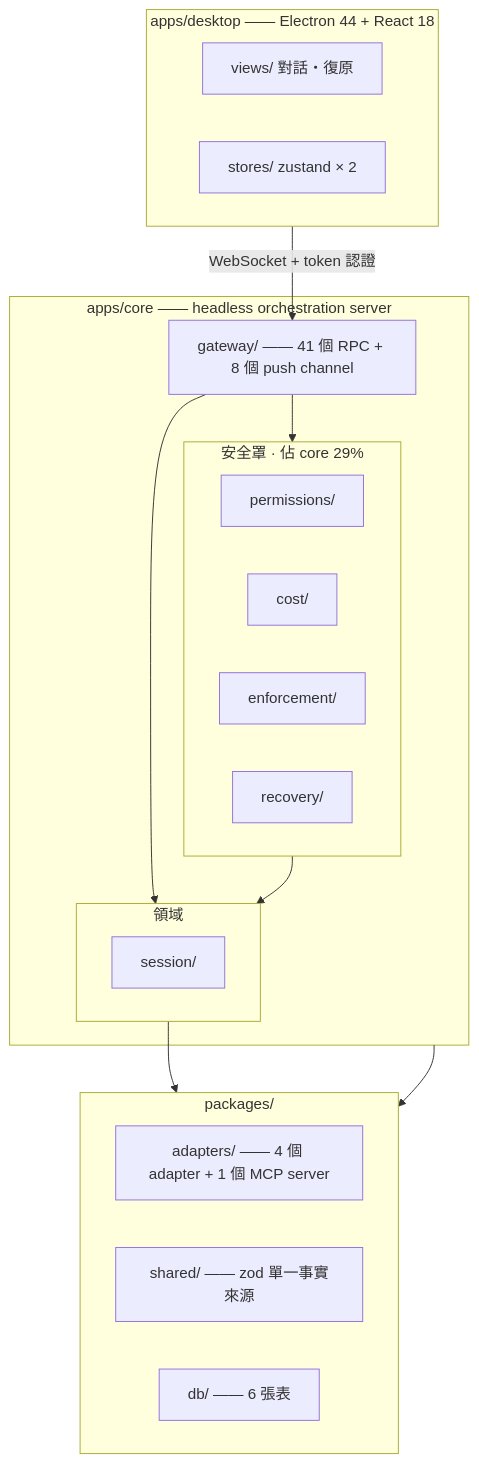
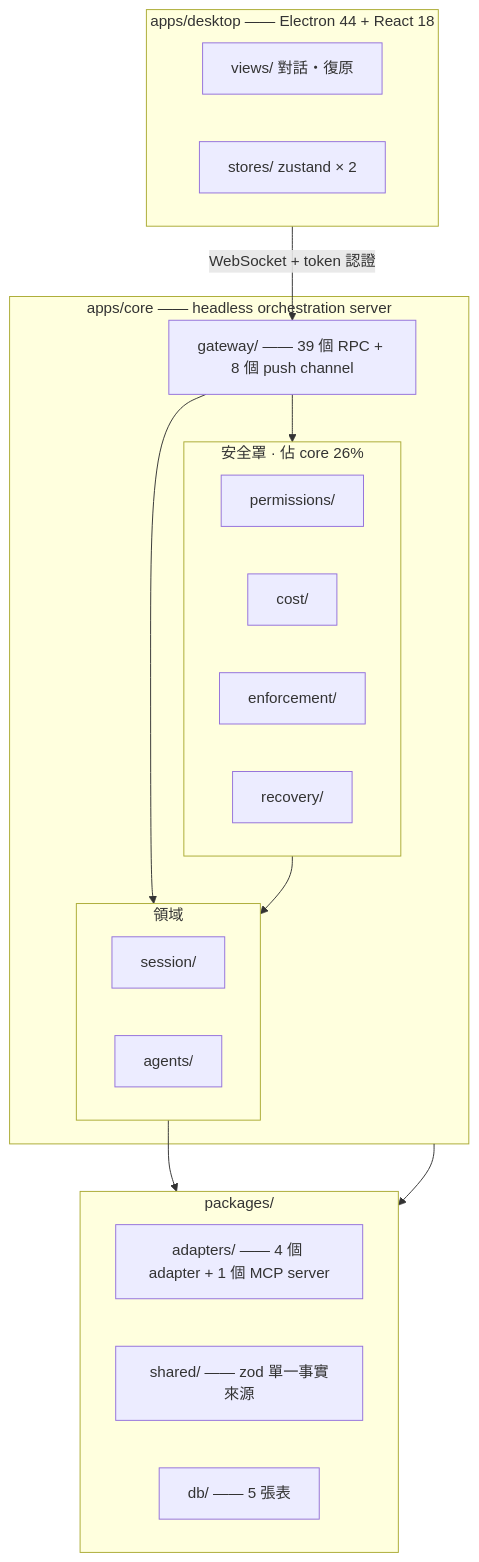
Before and after one commit to xing-101729/deskmony: the second of 2 diagrams in README.zh-Hant.md, drawn with Mermaid. The commit also changed other lines of this file and 10 other files, not shown here.

````diff
--- a/README.zh-Hant.md
+++ b/README.zh-Hant.md
@@ -106,37 +113,38 @@
 ```mermaid
 flowchart TB
     subgraph SHELL["apps/desktop —— Electron 44 + React 18"]
         direction LR
         Views["views/ 對話・復原"]
         Stores["stores/ zustand × 2"]
     end
 
     subgraph CORE["apps/core —— headless orchestration server"]
-        GW["gateway/ —— 41 個 RPC + 8 個 push channel"]
+        GW["gateway/ —— 39 個 RPC + 8 個 push channel"]
         subgraph DOMAIN["領域"]
             direction LR
             Sess["session/"]
+            Agents["agents/"]
         end
-        subgraph SHIELD["安全罩 · 佔 core 29%"]
+        subgraph SHIELD["安全罩 · 佔 core 26%"]
             direction LR
             Perm["permissions/"]
             Cost["cost/"]
             Enf["enforcement/"]
             Rec["recovery/"]
         end
     end
 
     subgraph PKG["packages/"]
         direction LR
         Adapters["adapters/ —— 4 個 adapter + 1 個 MCP server"]
         Shared["shared/ —— zod 單一事實來源"]
-        Db["db/ —— 6 張表"]
+        Db["db/ —— 5 張表"]
     end
 
     SHELL -- "WebSocket + token 認證" --> GW
     GW --> DOMAIN
     GW --> SHIELD
     SHIELD --> DOMAIN
     DOMAIN --> Adapters
     CORE --> Db
 ```
````
